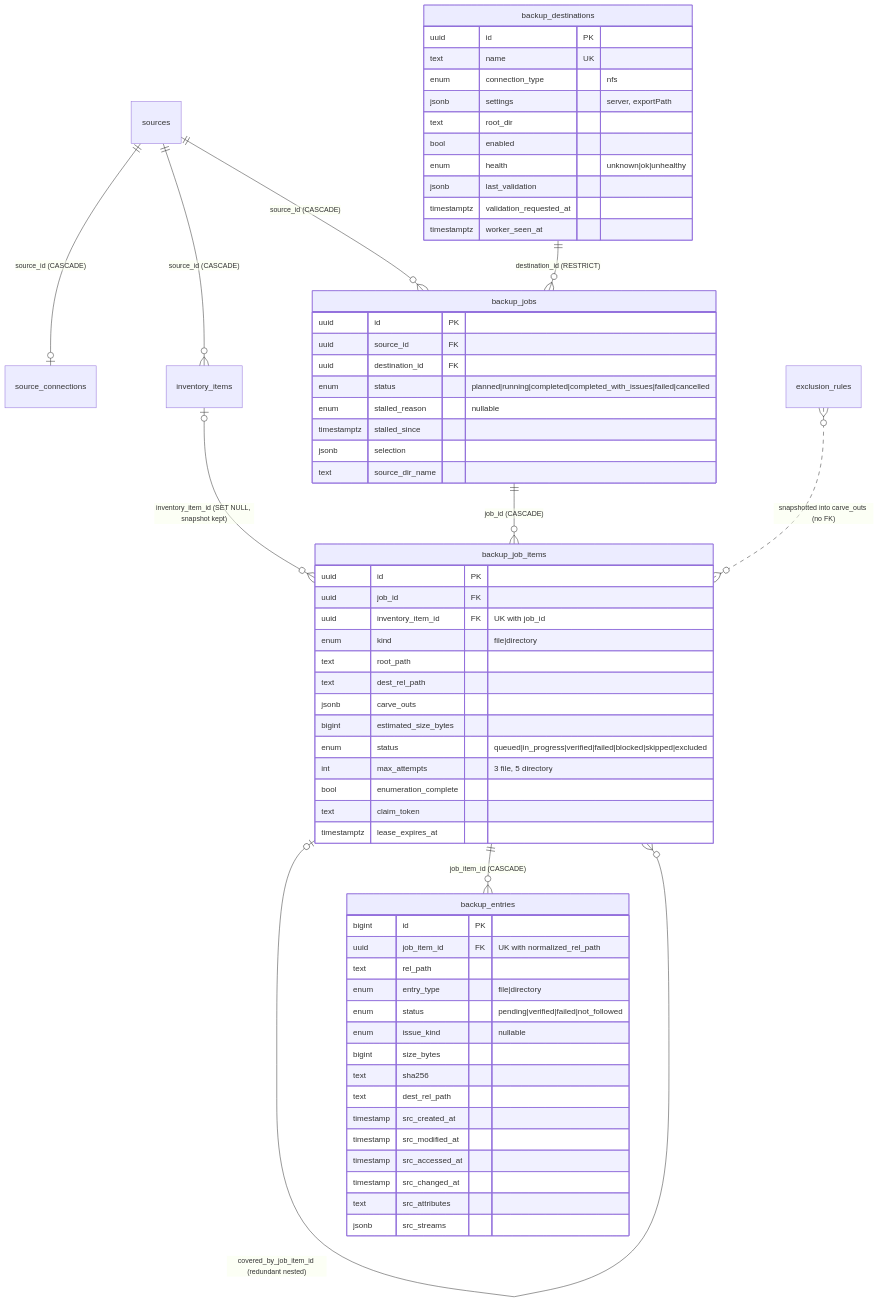
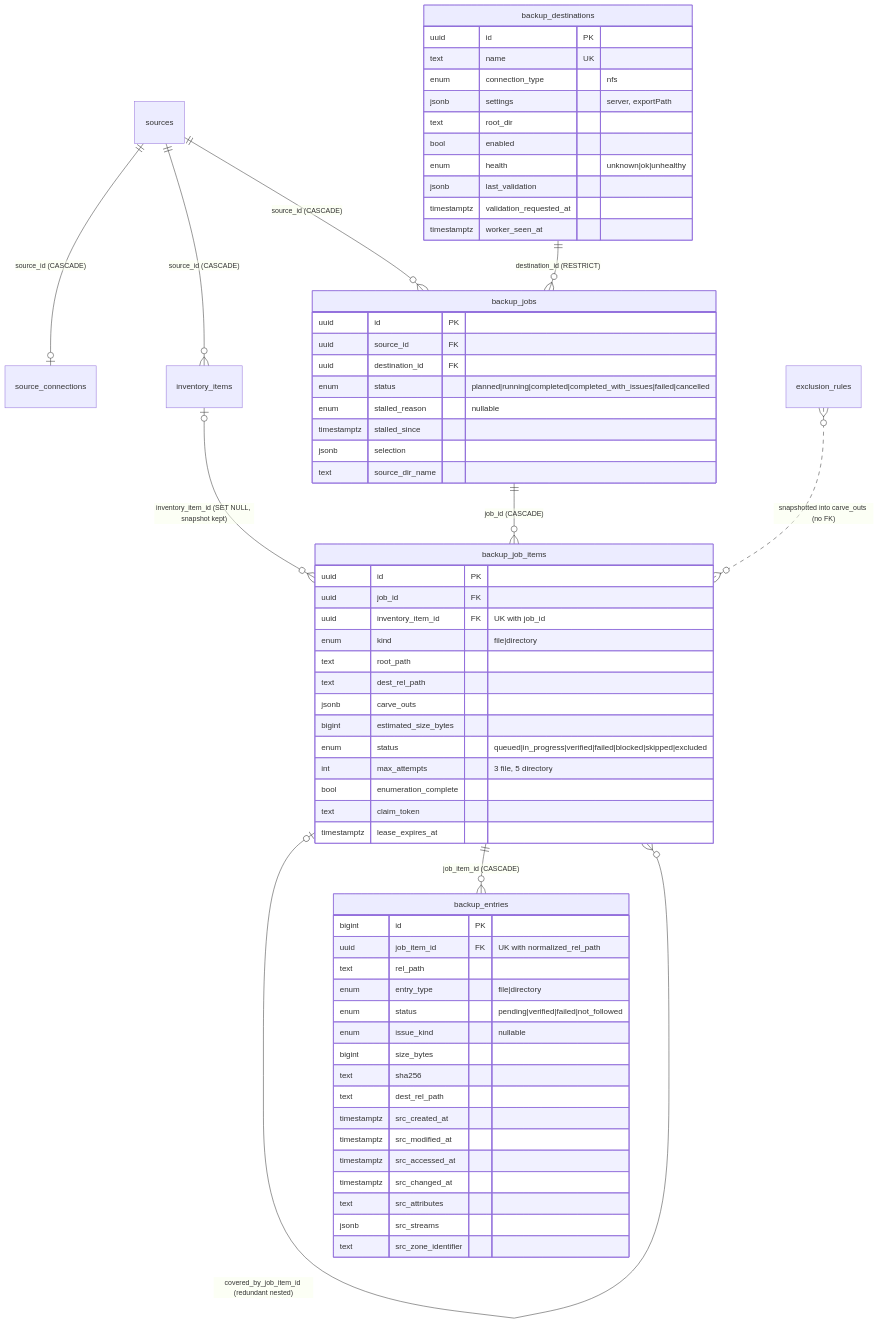
The diagram in docs/exodus/backup-design/design.md (pbabbott/home-web-apps), drawn with Mermaid before and after one commit. The commit also changed other lines of this file and 2 other files, not shown here.

````diff
--- a/docs/exodus/backup-design/design.md
+++ b/docs/exodus/backup-design/design.md
@@ -236,67 +268,68 @@
 ```mermaid
 erDiagram
     sources ||--o| source_connections : "source_id (CASCADE)"
     sources ||--o{ inventory_items : "source_id (CASCADE)"
     sources ||--o{ backup_jobs : "source_id (CASCADE)"
     backup_destinations ||--o{ backup_jobs : "destination_id (RESTRICT)"
     backup_jobs ||--o{ backup_job_items : "job_id (CASCADE)"
     inventory_items |o--o{ backup_job_items : "inventory_item_id (SET NULL, snapshot kept)"
     backup_job_items |o--o{ backup_job_items : "covered_by_job_item_id (redundant nested)"
     backup_job_items ||--o{ backup_entries : "job_item_id (CASCADE)"
     exclusion_rules }o..o{ backup_job_items : "snapshotted into carve_outs (no FK)"
 
     backup_destinations {
         uuid id PK
         text name UK
         enum connection_type "nfs"
         jsonb settings "server, exportPath"
         text root_dir
         bool enabled
         enum health "unknown|ok|unhealthy"
         jsonb last_validation
         timestamptz validation_requested_at
         timestamptz worker_seen_at
     }
     backup_jobs {
         uuid id PK
         uuid source_id FK
         uuid destination_id FK
         enum status "planned|running|completed|completed_with_issues|failed|cancelled"
         enum stalled_reason "nullable"
         timestamptz stalled_since
         jsonb selection
         text source_dir_name
     }
     backup_job_items {
         uuid id PK
         uuid job_id FK
         uuid inventory_item_id FK "UK with job_id"
         enum kind "file|directory"
         text root_path
         text dest_rel_path
         jsonb carve_outs
         bigint estimated_size_bytes
         enum status "queued|in_progress|verified|failed|blocked|skipped|excluded"
         int max_attempts "3 file, 5 directory"
         bool enumeration_complete
         text claim_token
         timestamptz lease_expires_at
     }
     backup_entries {
         bigint id PK
         uuid job_item_id FK "UK with normalized_rel_path"
         text rel_path
         enum entry_type "file|directory"
         enum status "pending|verified|failed|not_followed"
         enum issue_kind "nullable"
         bigint size_bytes
         text sha256
         text dest_rel_path
-        timestamp src_created_at
-        timestamp src_modified_at
-        timestamp src_accessed_at
-        timestamp src_changed_at
+        timestamptz src_created_at
+        timestamptz src_modified_at
+        timestamptz src_accessed_at
+        timestamptz src_changed_at
         text src_attributes
         jsonb src_streams
+        text src_zone_identifier
     }
 ```
````
